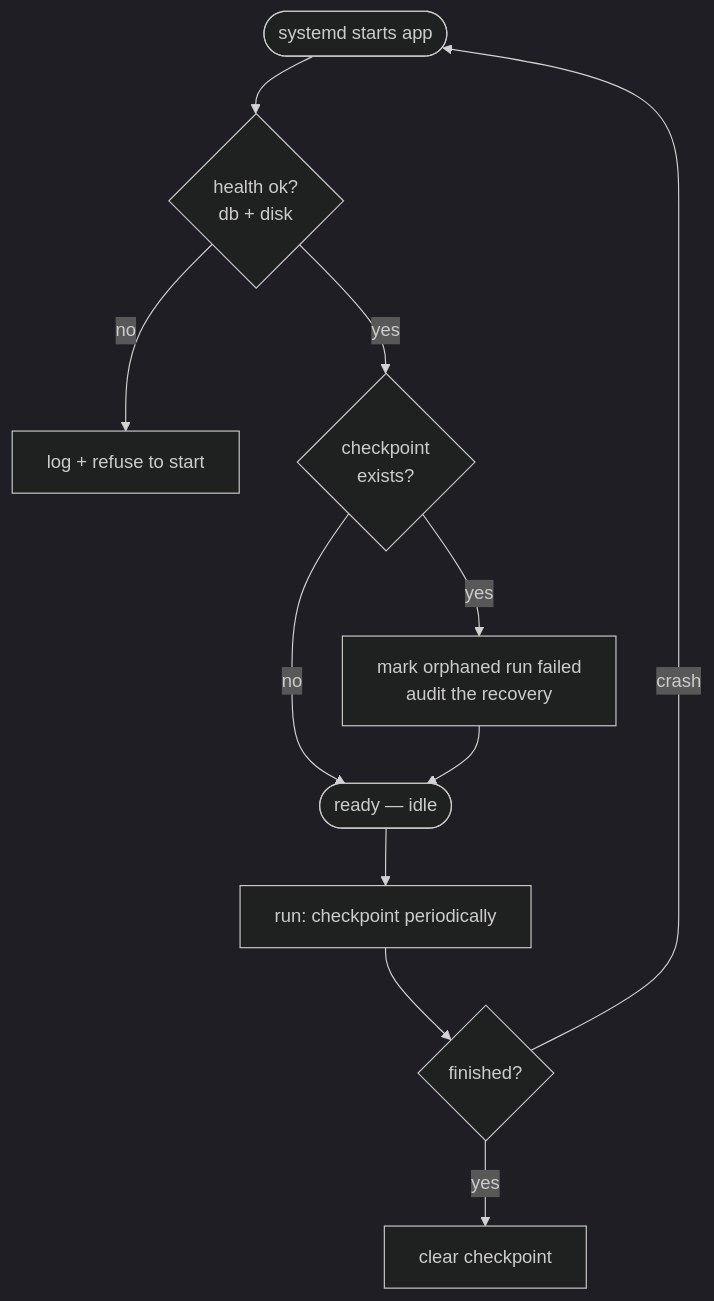
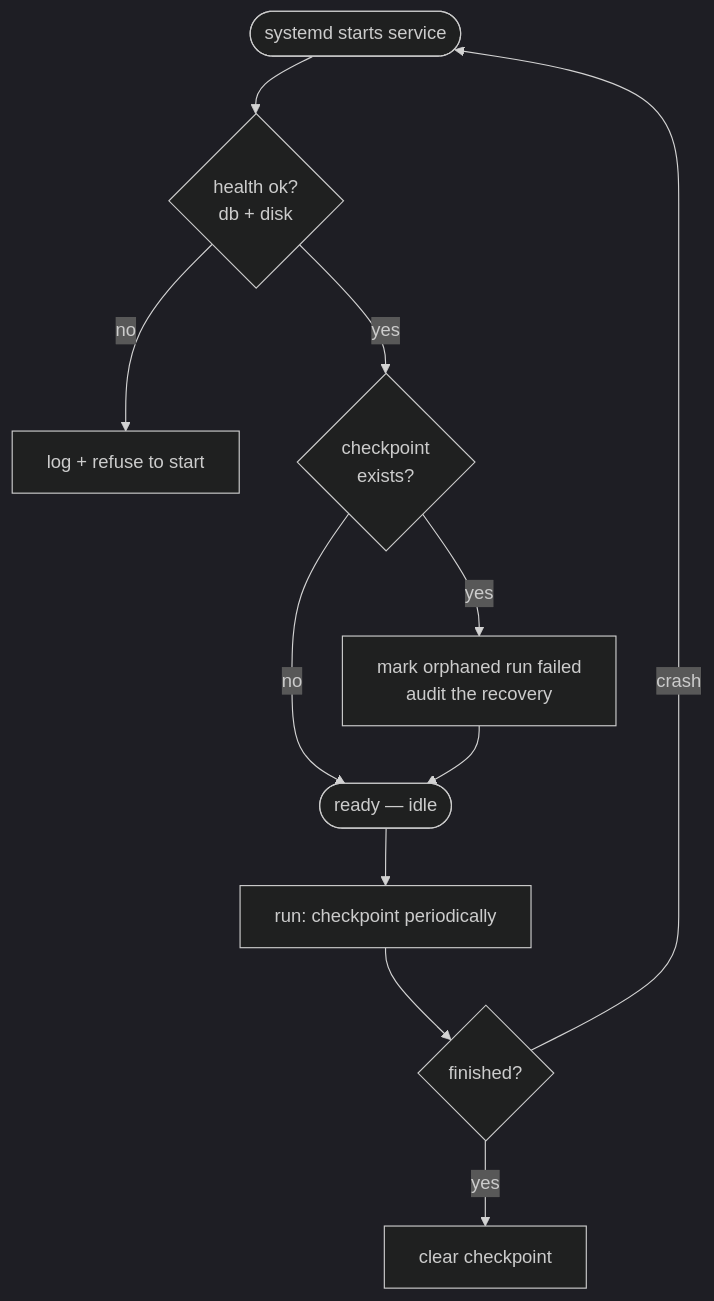
Before and after one commit to chetanjogi/edge-device: the ninth of 16 diagrams in README.md, drawn with Mermaid (dark theme). The commit also changed other lines of this file, not shown here.

Commit message:
Document control API architecture and service/client split

````diff
--- a/README.md
+++ b/README.md
@@ -502,13 +531,13 @@
 ```mermaid
 flowchart TD
-    BOOT([systemd starts app]) --> HC{health ok?<br/>db + disk}
+    BOOT([systemd starts service]) --> HC{health ok?<br/>db + disk}
     HC -- no --> REFUSE[log + refuse to start]
     HC -- yes --> CKPT{checkpoint<br/>exists?}
     CKPT -- yes --> ORPH[mark orphaned run failed<br/>audit the recovery]
     CKPT -- no --> READY
     ORPH --> READY([ready — idle])
     READY --> RUN[run: checkpoint periodically]
     RUN --> DONE{finished?}
     DONE -- yes --> CLR[clear checkpoint]
     DONE -- crash --> BOOT
 ```
````
